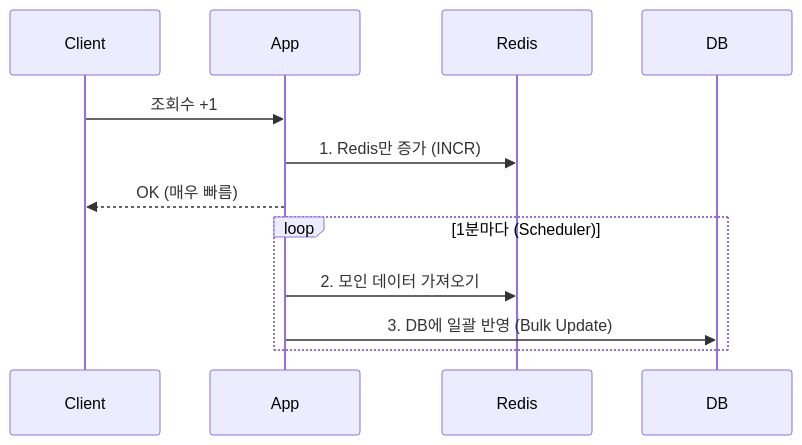
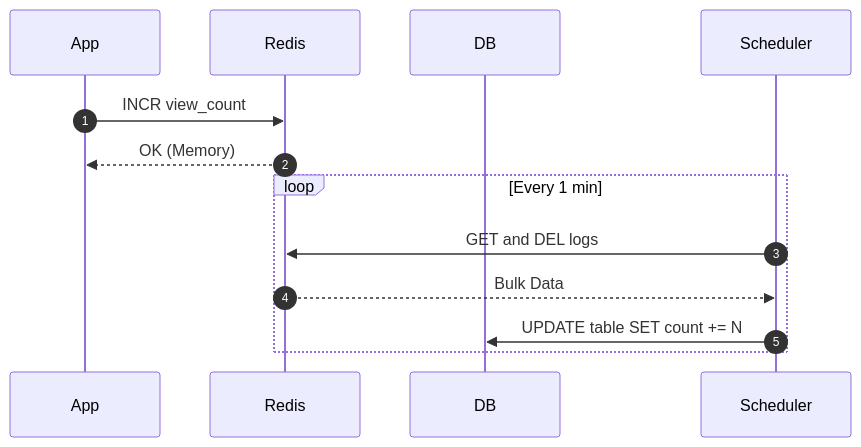
Before and after one commit to jyukki97/study-blog: the second of 3 diagrams in content/learning/deep-dive/deep-dive-redis-caching.md, drawn with Mermaid. The commit also changed other lines of this file and 3 other files, not shown here.

Commit message:
Refactor Phase 10: High-Scale Data & Architecture (Indexing, Tx, Redis, Kafka)

````diff
--- a/content/learning/deep-dive/deep-dive-redis-caching.md
+++ b/content/learning/deep-dive/deep-dive-redis-caching.md
@@ -50,16 +47,17 @@
 ```mermaid
 sequenceDiagram
-    participant Client
+    autonumber
     participant App
     participant Redis
     participant DB
+    participant Scheduler
+
+    App->>Redis: INCR view_count
+    Redis-->>App: OK (Memory)
     
-    Client->>App: 조회수 +1
-    App->>Redis: 1. Redis만 증가 (INCR)
-    App-->>Client: OK (매우 빠름)
-    
-    loop 1분마다 (Scheduler)
-        App->>Redis: 2. 모인 데이터 가져오기
-        App->>DB: 3. DB에 일괄 반영 (Bulk Update)
+    loop Every 1 min
+        Scheduler->>Redis: GET and DEL logs
+        Redis-->>Scheduler: Bulk Data
+        Scheduler->>DB: UPDATE table SET count += N
     end
 ```
````
